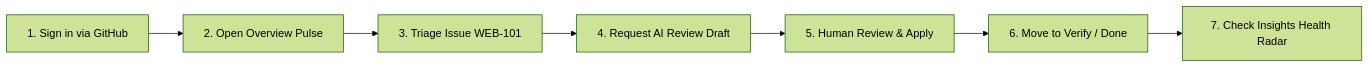
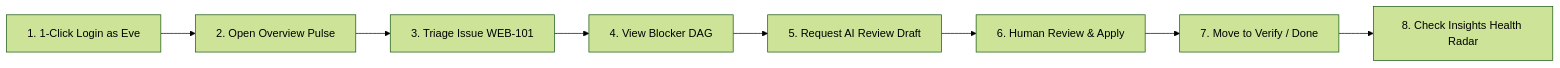
The first of 5 diagrams in README.md (Simondavid07/bugforge), drawn with Mermaid (forest theme) before and after one commit. The commit also changed other lines of this file and 15 other files, not shown here.

Commit message:
feat: add 1-click personas, blocker DAG graph, duplicate detection, SCM webhooks, and terminal CLI

````diff
--- a/README.md
+++ b/README.md
@@ -86,9 +107,10 @@
 ```mermaid
 flowchart LR
-  A[1. Sign in via GitHub] --> B[2. Open Overview Pulse]
+  A[1. 1-Click Login as Eve] --> B[2. Open Overview Pulse]
   B --> C[3. Triage Issue WEB-101]
-  C --> D[4. Request AI Review Draft]
-  D --> E[5. Human Review & Apply]
-  E --> F[6. Move to Verify / Done]
-  F --> G[7. Check Insights Health Radar]
+  C --> D[4. View Blocker DAG]
+  D --> E[5. Request AI Review Draft]
+  E --> F[6. Human Review & Apply]
+  F --> G[7. Move to Verify / Done]
+  G --> H[8. Check Insights Health Radar]
 ```
````
